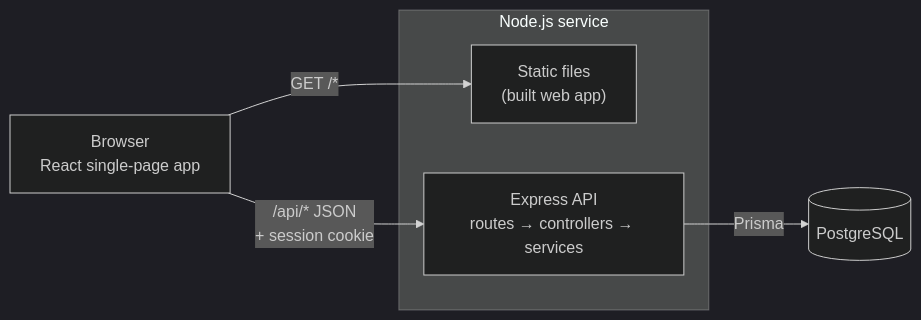
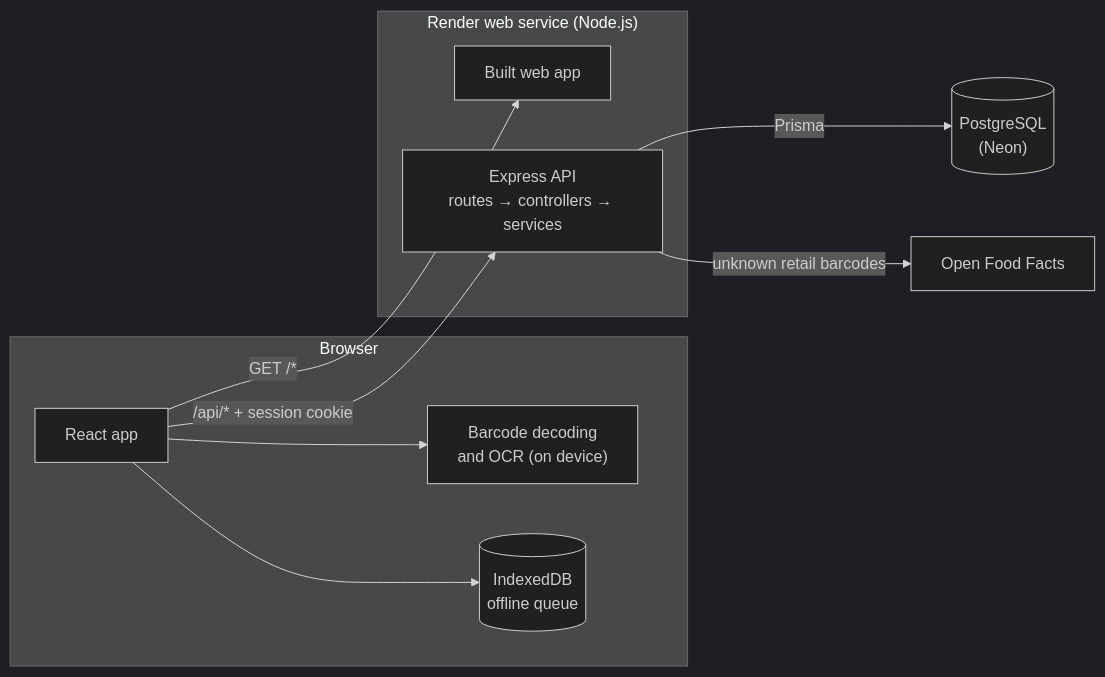
One commit to AswarthaHarshitha/Storiva changed the diagram in README.md. Above: the diagram before and after it, drawn with Mermaid (dark theme). The commit also changed other lines of this file and 3 other files, not shown here.

````diff
--- a/README.md
+++ b/README.md
@@ -221,13 +280,21 @@
 ```mermaid
 flowchart LR
-  Browser["Browser<br/>React single-page app"]
-  subgraph Service["Node.js service"]
-    Static["Static files<br/>(built web app)"]
+  subgraph Browser
+    SPA["React app"]
+    Dec["Barcode decoding<br/>and OCR (on device)"]
+    IDB[("IndexedDB<br/>offline queue")]
+  end
+  subgraph Render["Render web service (Node.js)"]
+    Static["Built web app"]
     API["Express API<br/>routes → controllers → services"]
   end
-  DB[("PostgreSQL")]
+  DB[("PostgreSQL<br/>(Neon)")]
+  OFF["Open Food Facts"]
 
-  Browser -- "GET /*" --> Static
-  Browser -- "/api/* JSON<br/>+ session cookie" --> API
+  SPA --> Dec
+  SPA --> IDB
+  SPA -- "GET /*" --> Static
+  SPA -- "/api/* + session cookie" --> API
   API -- "Prisma" --> DB
+  API -- "unknown retail barcodes" --> OFF
 ```
````
